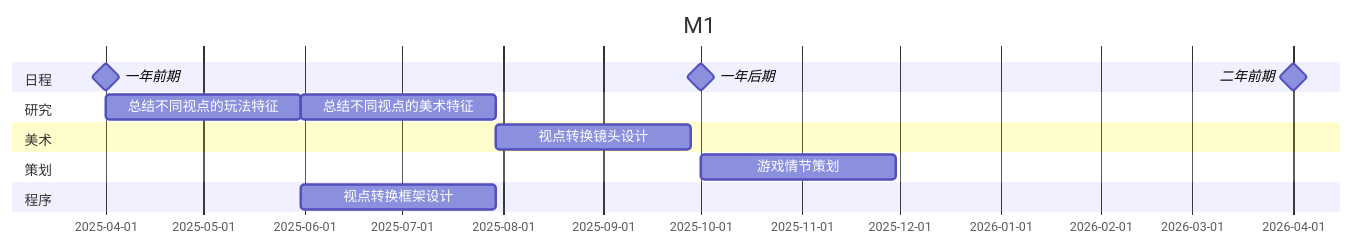
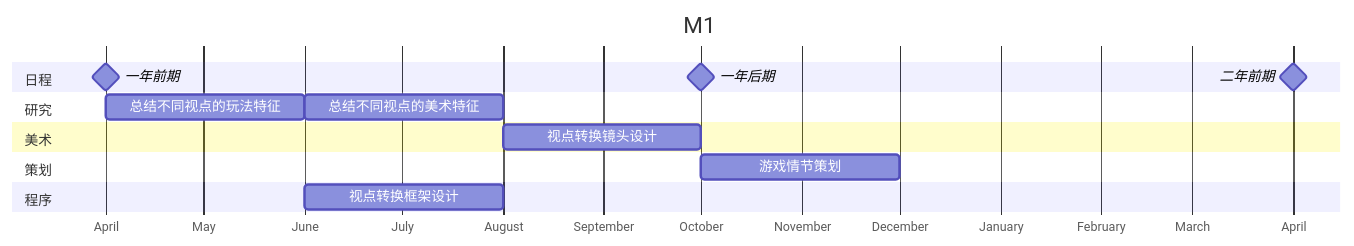
Before and after one commit to Kairitsuhou/digitalgarden: the second of 3 diagrams in src/site/notes/100.Project/2023-07-01~ 东京美术塾（TADA）/デジタルゲームにおける「視覚空間」デザイン研究：＜多视点＞の表現技法を中心に.md, drawn with Mermaid. The commit also changed other lines of this file and 26 other files, not shown here.

````diff
--- a/src/site/notes/100.Project/2023-07-01~ 东京美术塾（TADA）/デジタルゲームにおける「視覚空間」デザイン研究：＜多视点＞の表現技法を中心に.md
+++ b/src/site/notes/100.Project/2023-07-01~ 东京美术塾（TADA）/デジタルゲームにおける「視覚空間」デザイン研究：＜多视点＞の表現技法を中心に.md
@@ -48,26 +99,27 @@
 ```mermaid
 ---
 displayMode: compact 
 ---
 gantt
 	title M1
     dateFormat YYYY-MM
+    axisFormat %B
 	
 	section 日程
 	一年前期:milestone,2025-04,0d
 	一年后期:milestone,2025-10,0d
 	二年前期:milestone,2026-04,0d
 	
 	section 研究
-	总结不同视点的玩法特征:k1,2025-04,60d
-	总结不同视点的美术特征:k2,after k1,60d
+	总结不同视点的玩法特征:k1,2025-04,2M
+	总结不同视点的美术特征:k2,after k1,2M
 	
 	section 美术
-	视点转换镜头设计:after k2,60d
+	视点转换镜头设计:after k2,2M
 	
 	section 策划
-	游戏情节策划:2025-010,60d
+	游戏情节策划:2025-010,2M
 	
 	section 程序
-	视点转换框架设计:after k1,60d
+	视点转换框架设计:after k1,2M
 ```
````
